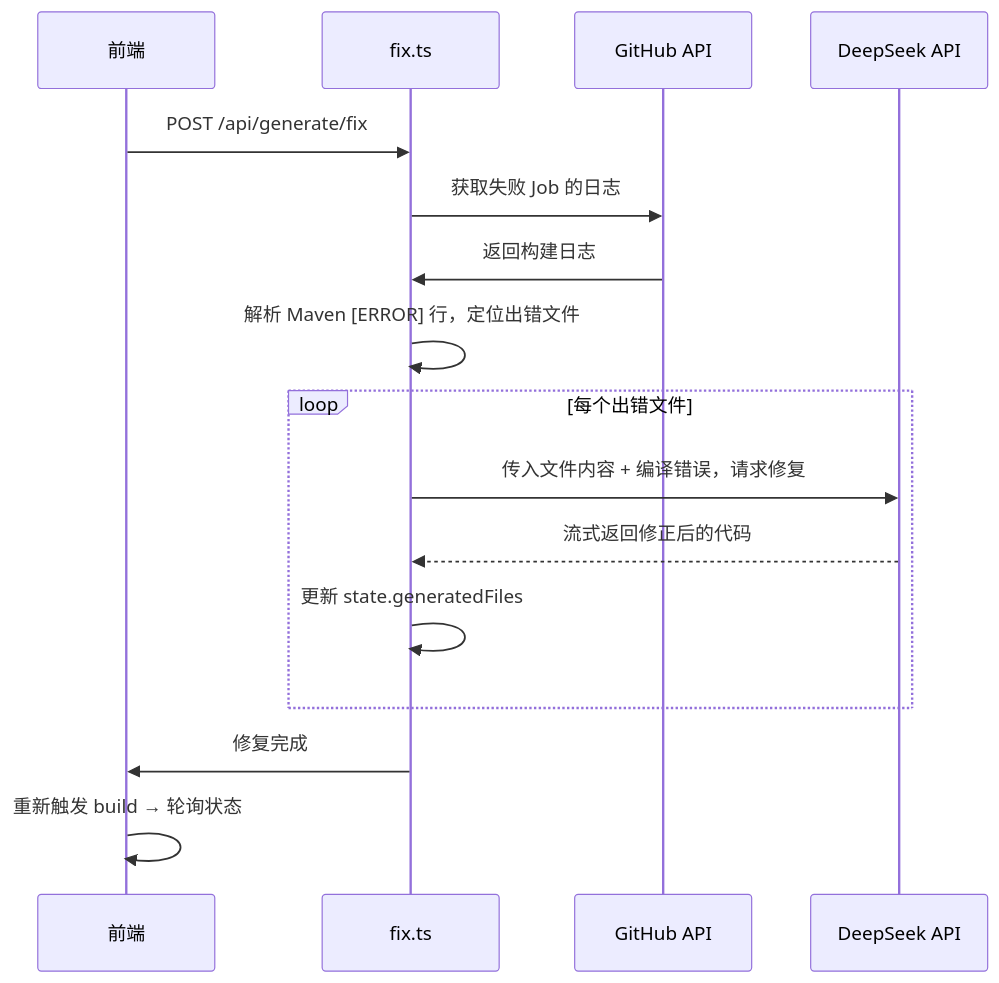
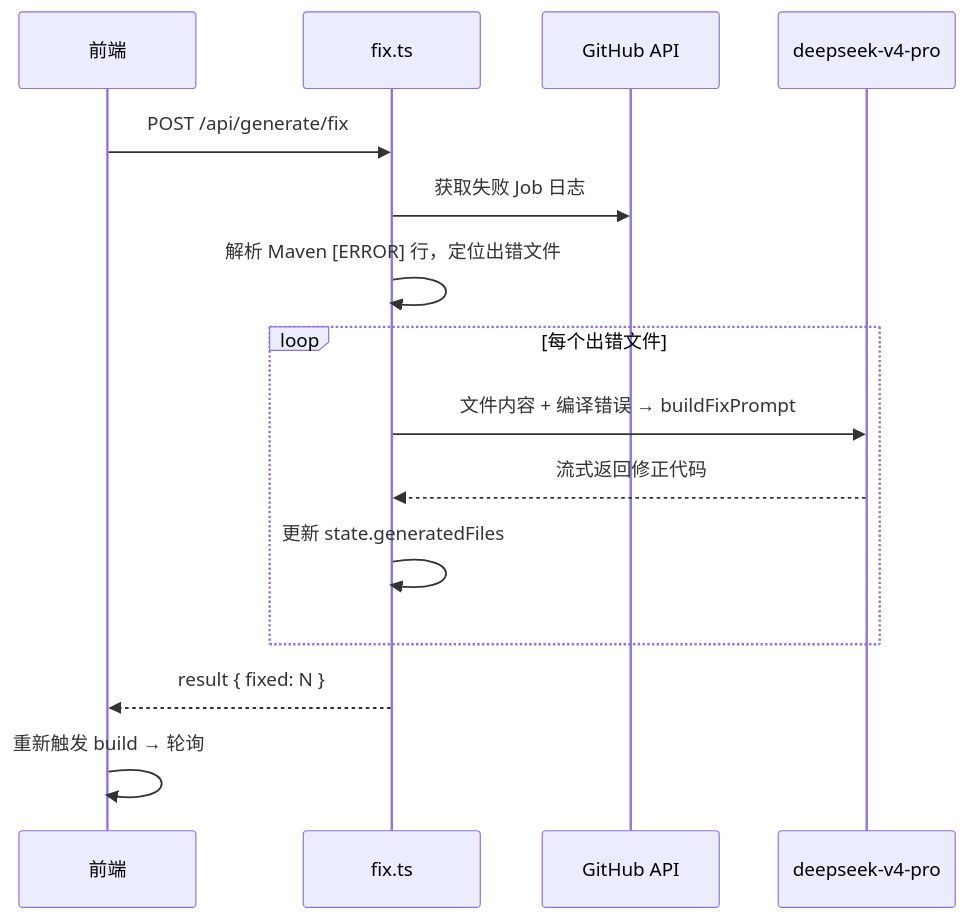
Before and after one commit to superwfox/minecraft-dev: the fourth of 4 diagrams in docs/features/ai-workflow.md, drawn with Mermaid. The commit also changed other lines of this file and 19 other files, not shown here.

````diff
--- a/docs/features/ai-workflow.md
+++ b/docs/features/ai-workflow.md
@@ -457,19 +238,18 @@
 ```mermaid
 sequenceDiagram
     participant F as 前端
     participant Fix as fix.ts
     participant GH as GitHub API
-    participant AI as DeepSeek API
+    participant AI as deepseek-v4-pro
 
     F->>Fix: POST /api/generate/fix
-    Fix->>GH: 获取失败 Job 的日志
-    GH->>Fix: 返回构建日志
+    Fix->>GH: 获取失败 Job 日志
     Fix->>Fix: 解析 Maven [ERROR] 行，定位出错文件
     loop 每个出错文件
-        Fix->>AI: 传入文件内容 + 编译错误，请求修复
-        AI-->>Fix: 流式返回修正后的代码
+        Fix->>AI: 文件内容 + 编译错误 → buildFixPrompt
+        AI-->>Fix: 流式返回修正代码
         Fix->>Fix: 更新 state.generatedFiles
     end
-    Fix->>F: 修复完成
-    F->>F: 重新触发 build → 轮询状态
+    Fix-->>F: result { fixed: N }
+    F->>F: 重新触发 build → 轮询
 ```
````
